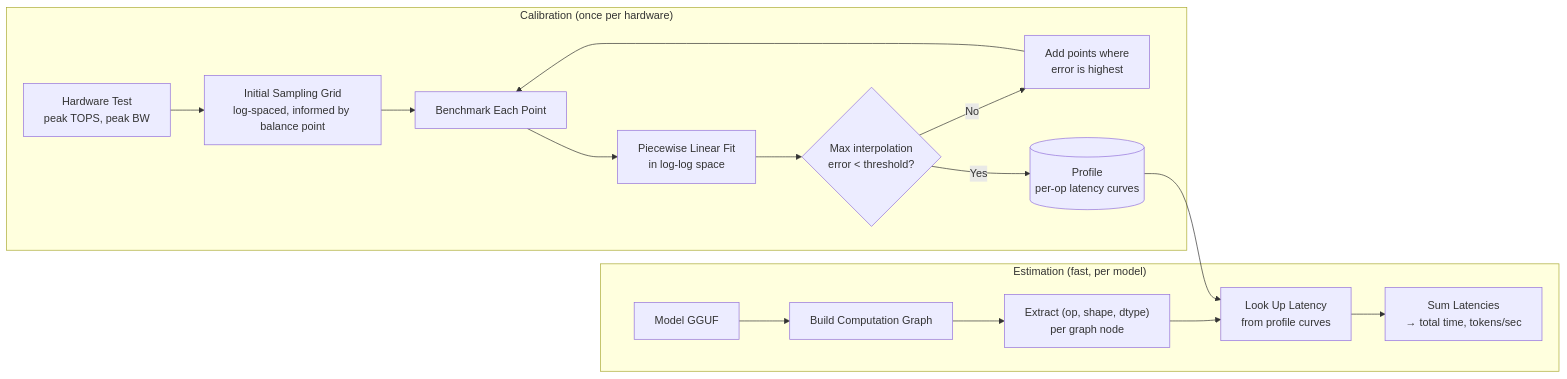
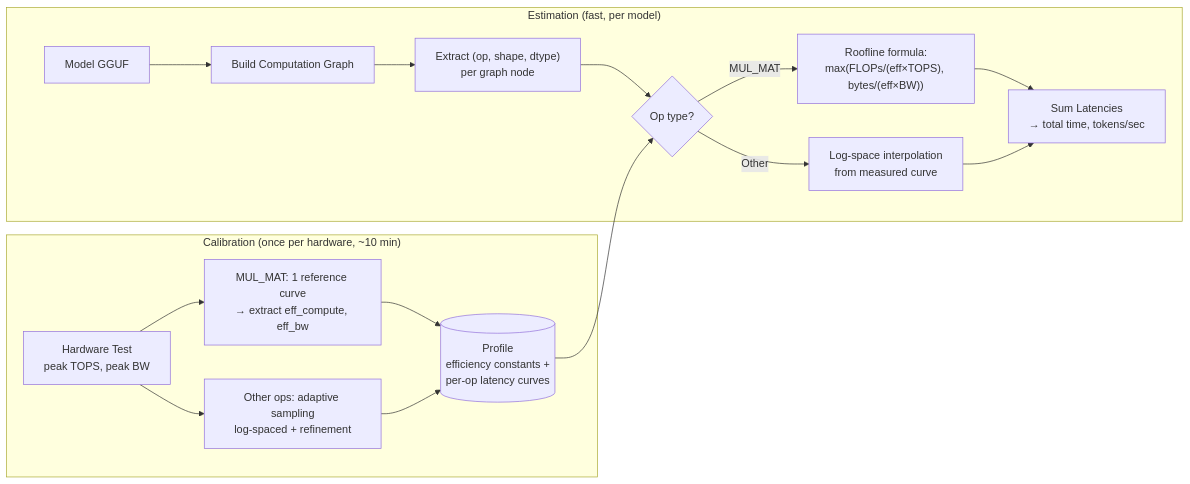
The fourth of 7 diagrams in docs/daop/design.md (jonathanding/ollama), drawn with Mermaid before and after one commit. The commit also changed other lines of this file and 1 other file, not shown here.

First line of the commit message:
docs: rewrite DAOP design docs with full reasoning chain and Mermaid diagrams

````diff
--- a/docs/daop/design.md
+++ b/docs/daop/design.md
@@ -72,20 +326,20 @@
 ```mermaid
 flowchart LR
-    subgraph Calibration ["Calibration (once per hardware)"]
-        HW[Hardware Test<br/>peak TOPS, peak BW] --> Grid[Initial Sampling Grid<br/>log-spaced, informed by balance point]
-        Grid --> Measure[Benchmark Each Point]
-        Measure --> Fit[Piecewise Linear Fit<br/>in log-log space]
-        Fit --> Converged{Max interpolation<br/>error < threshold?}
-        Converged -- No --> Refine[Add points where<br/>error is highest]
-        Refine --> Measure
-        Converged -- Yes --> Profile[(Profile<br/>per-op latency curves)]
+    subgraph Calibration ["Calibration (once per hardware, ~10 min)"]
+        HW[Hardware Test<br/>peak TOPS, peak BW] --> MulMat[MUL_MAT: 1 reference curve<br/>→ extract eff_compute, eff_bw]
+        HW --> Other[Other ops: adaptive sampling<br/>log-spaced + refinement]
+        MulMat --> Profile[(Profile<br/>efficiency constants +<br/>per-op latency curves)]
+        Other --> Profile
     end
 
     subgraph Estimation ["Estimation (fast, per model)"]
         Model[Model GGUF] --> Graph[Build Computation Graph]
         Graph --> Nodes["Extract (op, shape, dtype)<br/>per graph node"]
-        Nodes --> Lookup[Look Up Latency<br/>from profile curves]
+        Nodes --> Lookup{Op type?}
         Profile --> Lookup
-        Lookup --> Sum[Sum Latencies<br/>→ total time, tokens/sec]
+        Lookup -- MUL_MAT --> Roofline["Roofline formula:<br/>max(FLOPs/(eff×TOPS), bytes/(eff×BW))"]
+        Lookup -- Other --> Interp["Log-space interpolation<br/>from measured curve"]
+        Roofline --> Sum[Sum Latencies<br/>→ total time, tokens/sec]
+        Interp --> Sum
     end
 ```
````
